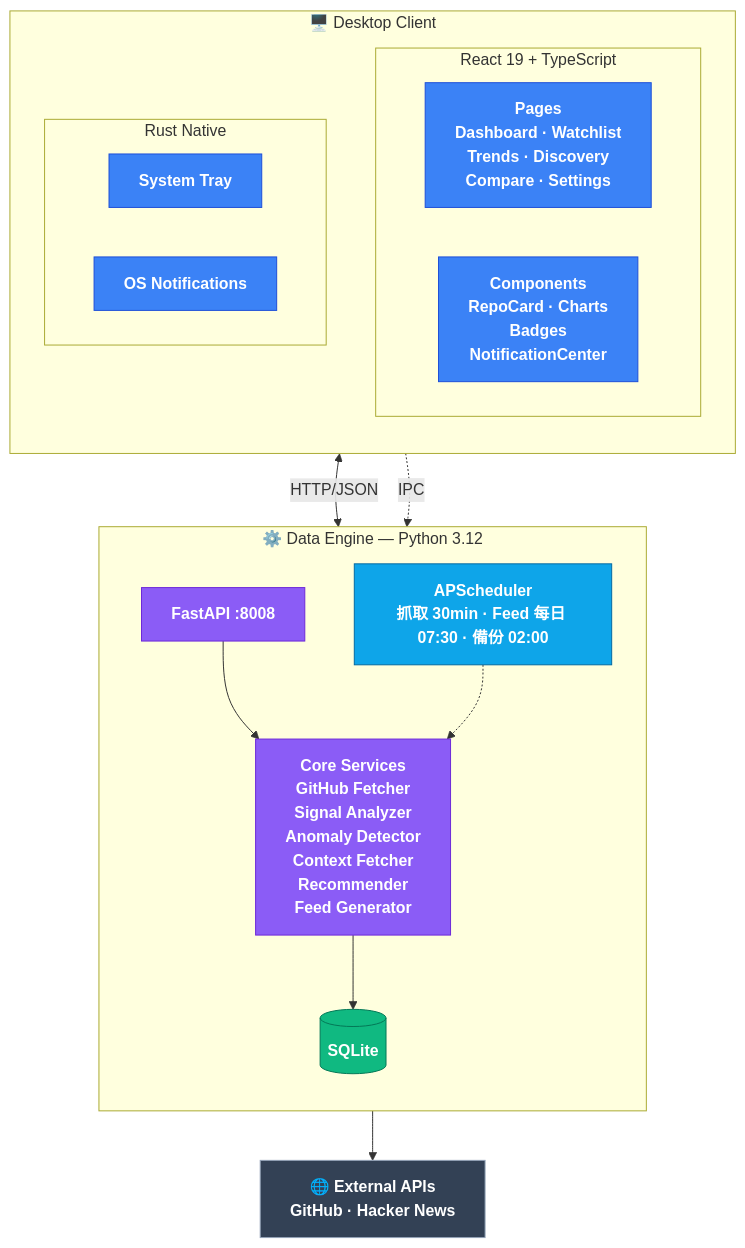
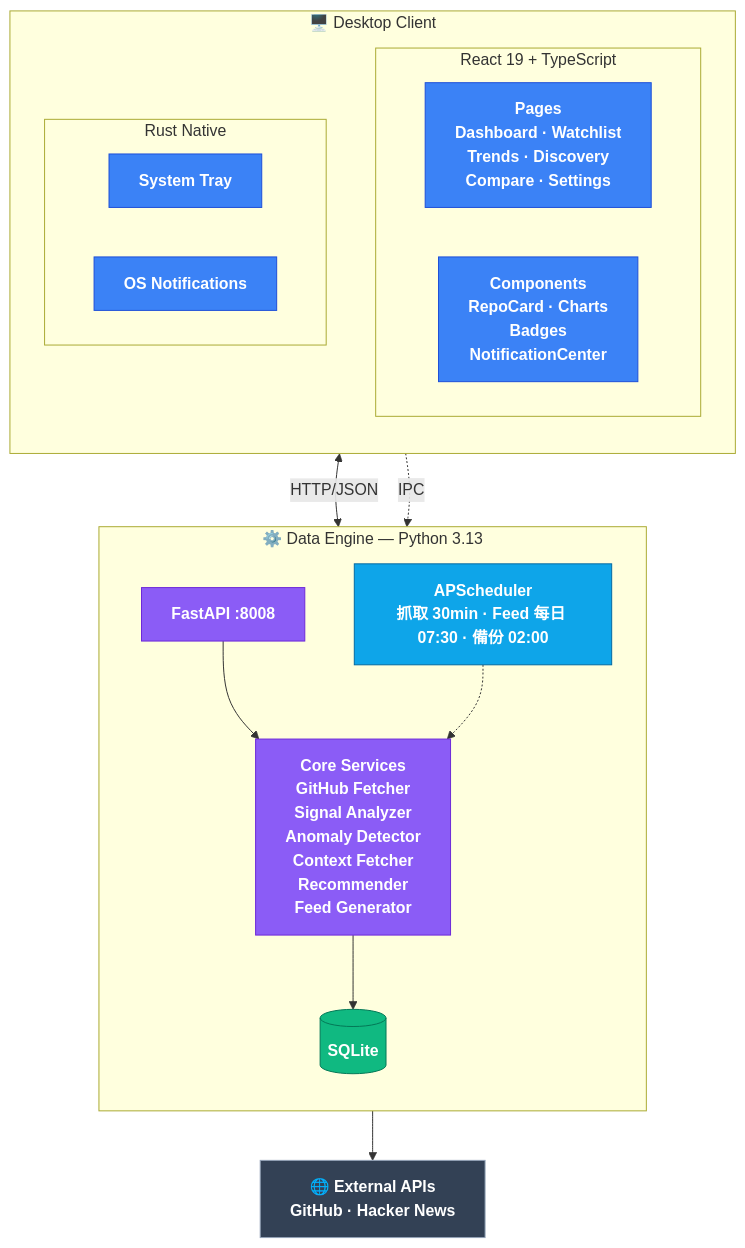
One commit to Neal75418/StarScope changed the second of 2 diagrams in README.md. Above: the diagram before and after it, drawn with Mermaid. The commit also changed other lines of this file and 8 other files, not shown here.

````diff
--- a/README.md
+++ b/README.md
@@ -78,45 +78,45 @@
 ```mermaid
 graph TB
     subgraph Desktop["🖥️ Desktop Client"]
         direction TB
         subgraph UI["React 19 + TypeScript"]
             direction LR
             Pages["Pages<br/>Dashboard · Watchlist<br/>Trends · Discovery<br/>Compare · Settings"]
             Components["Components<br/>RepoCard · Charts<br/>Badges<br/>NotificationCenter"]
         end
         subgraph Native["Rust Native"]
             direction LR
             Tray["System Tray"]
             Notify["OS Notifications"]
         end
     end
 
-    subgraph Engine["⚙️ Data Engine — Python 3.12"]
+    subgraph Engine["⚙️ Data Engine — Python 3.13"]
         direction TB
         API["FastAPI :8008"]
         Services["Core Services<br/>GitHub Fetcher<br/>Signal Analyzer<br/>Anomaly Detector<br/>Context Fetcher<br/>Recommender<br/>Feed Generator"]
         Sched["APScheduler<br/>抓取 30min · Feed 每日 07:30 · 備份 02:00"]
         DB[("SQLite")]
         API --> Services
         Sched -.-> Services
         Services --> DB
     end
 
     Ext["🌐 External APIs<br/>GitHub · Hacker News"]
 
     Components <-->|HTTP/JSON| API
     Native -.->|IPC| API
     Services --> Ext
 
     classDef frontend fill:#3b82f6,stroke:#1d4ed8,color:#fff,font-weight:bold
     classDef backend fill:#8b5cf6,stroke:#6d28d9,color:#fff,font-weight:bold
     classDef storage fill:#10b981,stroke:#047857,color:#fff,font-weight:bold
     classDef sched fill:#0ea5e9,stroke:#0369a1,color:#fff,font-weight:bold
     classDef external fill:#334155,stroke:#94a3b8,color:#fff,font-weight:bold
 
     class Pages,Components,Tray,Notify frontend
     class API,Services backend
     class DB storage
     class Sched sched
     class Ext external
 ```
````
